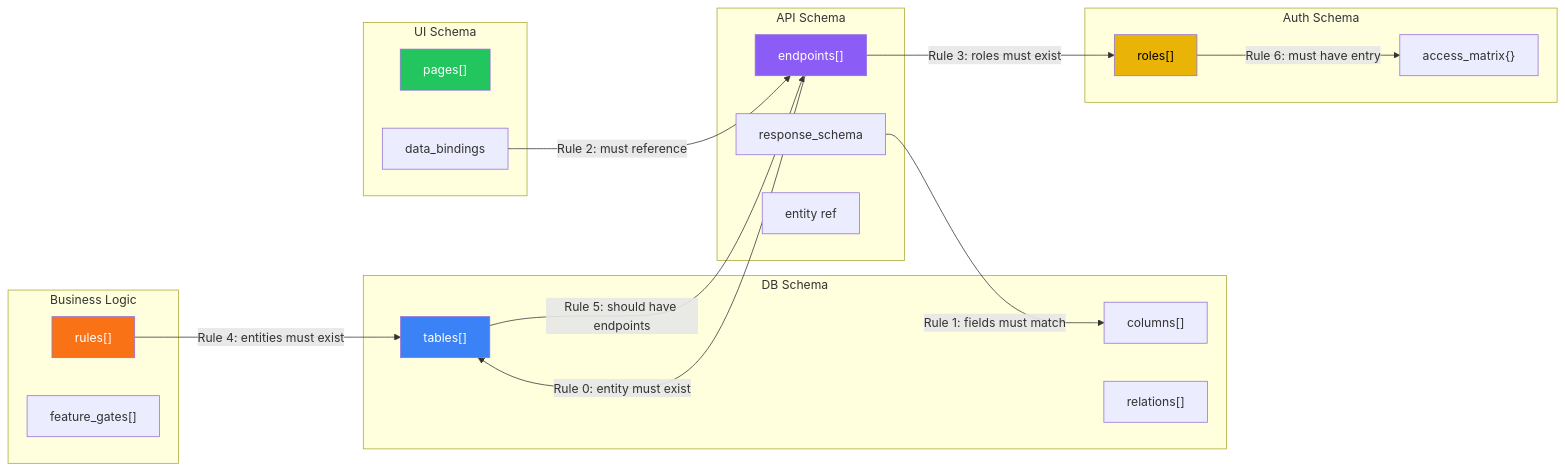
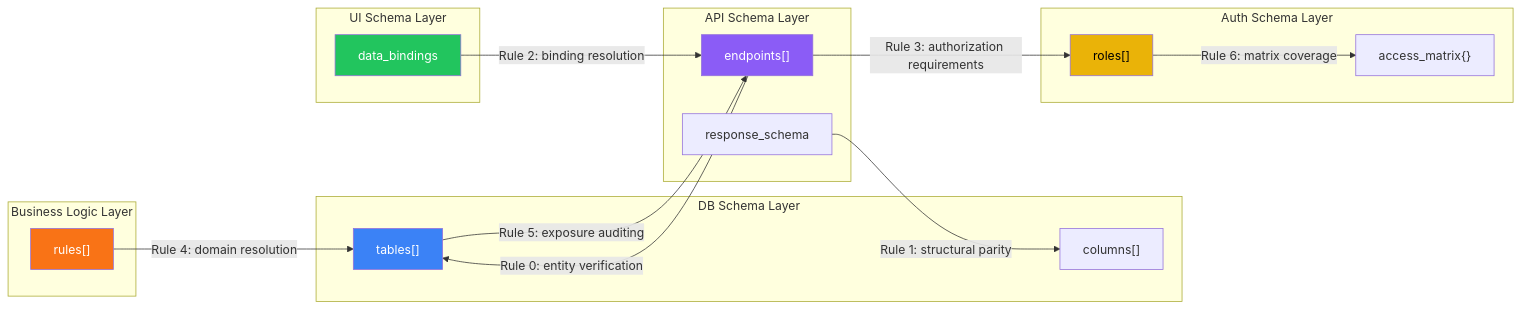
One commit to notsooamit/app-compiler changed diagram 12 of 19 in SOFTWARE_ARCHITECTURE.md. Above: the diagram before and after it, drawn with Mermaid. The commit also changed other lines of this file and 2 other files, not shown here.

````diff
--- a/SOFTWARE_ARCHITECTURE.md
+++ b/SOFTWARE_ARCHITECTURE.md
@@ -682,43 +644,39 @@
 ```mermaid
 graph LR
-    subgraph "DB Schema"
+    subgraph "DB Schema Layer"
         T1["tables[]"]
         C1["columns[]"]
-        R1["relations[]"]
     end
 
-    subgraph "API Schema"
+    subgraph "API Schema Layer"
         E1["endpoints[]"]
         RS["response_schema"]
-        EN["entity ref"]
     end
 
-    subgraph "UI Schema"
-        P1["pages[]"]
+    subgraph "UI Schema Layer"
         DB["data_bindings"]
     end
 
-    subgraph "Auth Schema"
+    subgraph "Auth Schema Layer"
         RO["roles[]"]
         AM["access_matrix{}"]
     end
 
-    subgraph "Business Logic"
+    subgraph "Business Logic Layer"
         BR["rules[]"]
-        FG["feature_gates[]"]
     end
 
-    E1 -->|"Rule 0: entity must exist"| T1
-    RS -->|"Rule 1: fields must match"| C1
-    DB -->|"Rule 2: must reference"| E1
-    E1 -->|"Rule 3: roles must exist"| RO
-    RO -->|"Rule 6: must have entry"| AM
-    BR -->|"Rule 4: entities must exist"| T1
-    T1 -->|"Rule 5: should have endpoints"| E1
+    E1 -->|"Rule 0: entity verification"| T1
+    RS -->|"Rule 1: structural parity"| C1
+    DB -->|"Rule 2: binding resolution"| E1
+    E1 -->|"Rule 3: authorization requirements"| RO
+    RO -->|"Rule 6: matrix coverage"| AM
+    BR -->|"Rule 4: domain resolution"| T1
+    T1 -->|"Rule 5: exposure auditing"| E1
 
     style T1 fill:#3b82f6,color:#fff
     style E1 fill:#8b5cf6,color:#fff
-    style P1 fill:#22c55e,color:#fff
+    style DB fill:#22c55e,color:#fff
     style RO fill:#eab308,color:#000
     style BR fill:#f97316,color:#fff
 ```
````
